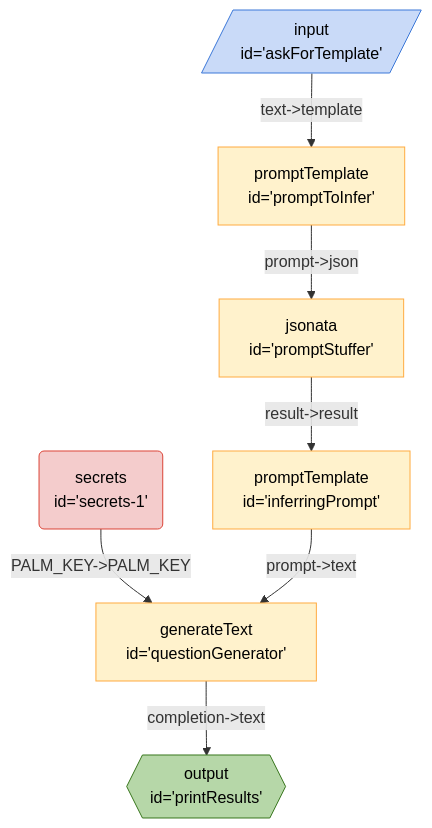
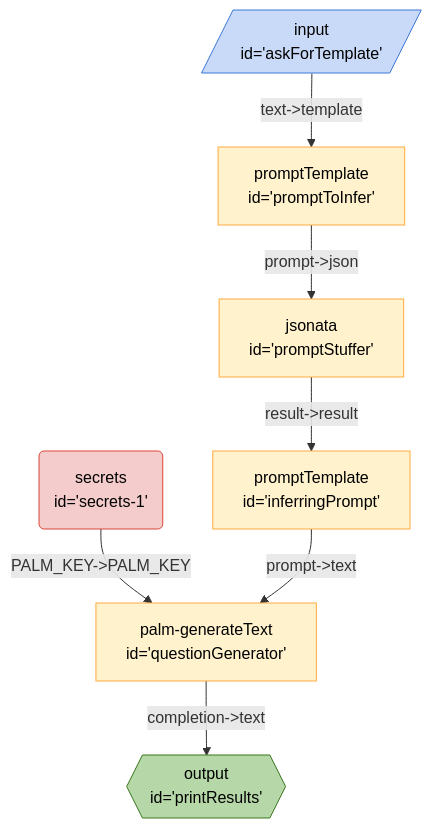
Before and after one commit to breadboard-ai/breadboard: the diagram in seeds/graph-playground/docs/graphs/infer-query.md, drawn with Mermaid. The commit also changed 55 other files, not shown here.

````diff
--- a/seeds/graph-playground/docs/graphs/infer-query.md
+++ b/seeds/graph-playground/docs/graphs/infer-query.md
@@ -5,18 +5,18 @@
   ```mermaid
   %%{init: 'themeVariables': { 'fontFamily': 'Fira Code, monospace' }}%%
 graph TD;
-questionGenerator["generateText <br> id='questionGenerator'"] -- "completion->text" --> printResults{{"output <br> id='printResults'"}}:::output
-secrets1("secrets <br> id='secrets-1'"):::secrets -- "PALM_KEY->PALM_KEY" --> questionGenerator["generateText <br> id='questionGenerator'"]
-inferringPrompt["promptTemplate <br> id='inferringPrompt'"] -- "prompt->text" --> questionGenerator["generateText <br> id='questionGenerator'"]
+questionGenerator["palm-generateText <br> id='questionGenerator'"] -- "completion->text" --> printResults{{"output <br> id='printResults'"}}:::output
+secrets1("secrets <br> id='secrets-1'"):::secrets -- "PALM_KEY->PALM_KEY" --> questionGenerator["palm-generateText <br> id='questionGenerator'"]
+inferringPrompt["promptTemplate <br> id='inferringPrompt'"] -- "prompt->text" --> questionGenerator["palm-generateText <br> id='questionGenerator'"]
 promptStuffer["jsonata <br> id='promptStuffer'"] -- "result->result" --> inferringPrompt["promptTemplate <br> id='inferringPrompt'"]
 promptToInfer["promptTemplate <br> id='promptToInfer'"] -- "prompt->json" --> promptStuffer["jsonata <br> id='promptStuffer'"]
 askForTemplate[/"input <br> id='askForTemplate'"/]:::input -- "text->template" --> promptToInfer["promptTemplate <br> id='promptToInfer'"]
 classDef default stroke:#ffab40,fill:#fff2ccff,color:#000
 classDef input stroke:#3c78d8,fill:#c9daf8ff,color:#000
 classDef output stroke:#38761d,fill:#b6d7a8ff,color:#000
 classDef passthrough stroke:#a64d79,fill:#ead1dcff,color:#000
 classDef slot stroke:#a64d79,fill:#ead1dcff,color:#000
 classDef config stroke:#a64d79,fill:#ead1dcff,color:#000
 classDef secrets stroke:#db4437,fill:#f4cccc,color:#000
 classDef slotted stroke:#a64d79
   ```
````
